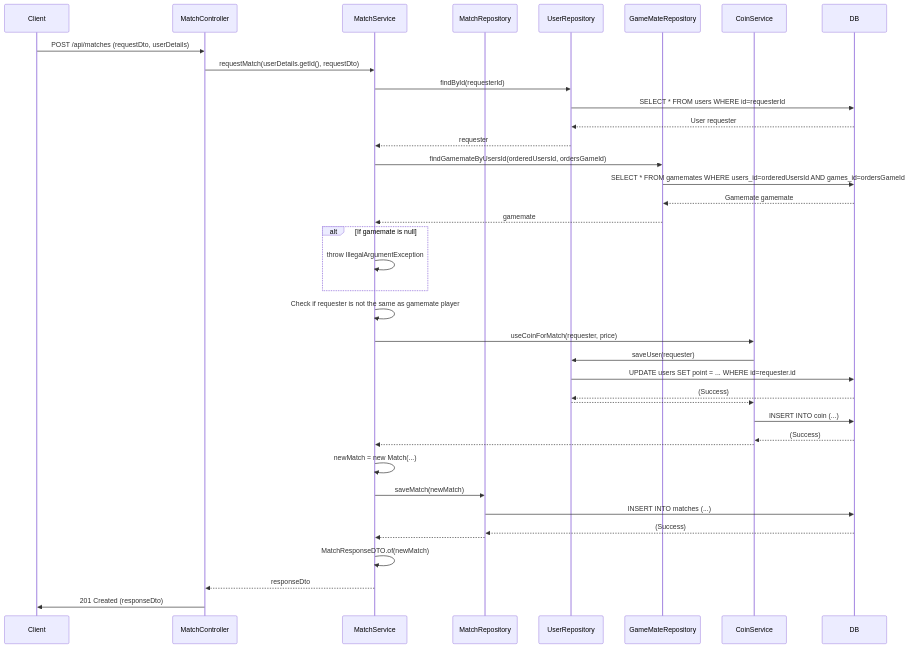
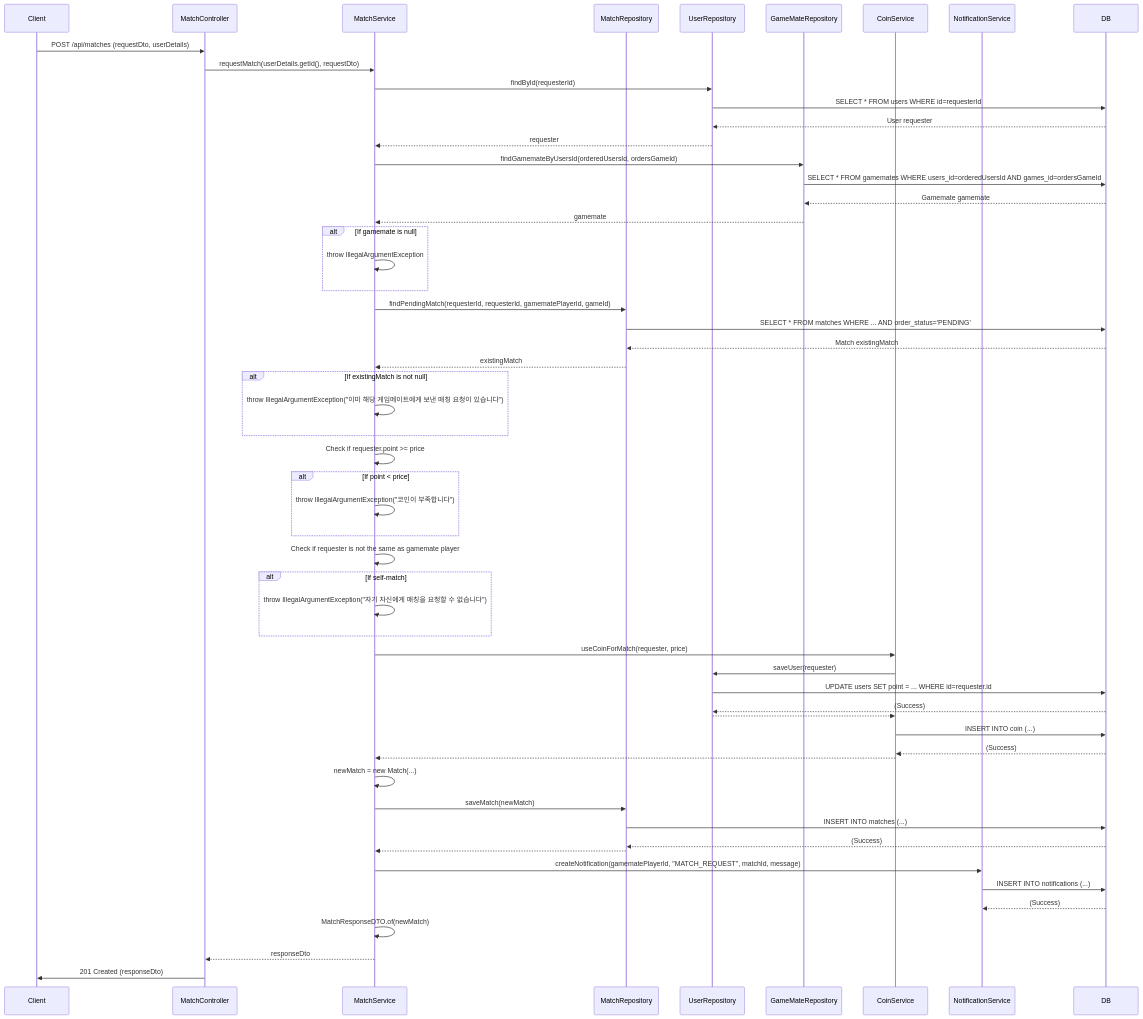
The diagram in SDS/sequenceDiagram/matchSequenceDiagram/matchRequestSequenceDiagram.md (Wooong-E/game-s-cord), drawn with Mermaid before and after one commit. The commit also changed other lines of this file and 14 other files, not shown here.

Commit message:
fix : Sequence Diagram 수정

````diff
--- a/SDS/sequenceDiagram/matchSequenceDiagram/matchRequestSequenceDiagram.md
+++ b/SDS/sequenceDiagram/matchSequenceDiagram/matchRequestSequenceDiagram.md
@@ -3,49 +3,71 @@
 ```mermaid
 sequenceDiagram
     participant Client
     participant Controller as MatchController
     participant Service as MatchService
     participant MatchRepo as MatchRepository
     participant UserRepo as UserRepository
     participant GameMateRepo as GameMateRepository
     participant CoinService as CoinService
+    participant NotificationSvc as NotificationService
     participant DB
 
     Client->>Controller: POST /api/matches (requestDto, userDetails)
     Controller->>Service: requestMatch(userDetails.getId(), requestDto)
 
     Service->>UserRepo: findById(requesterId)
     UserRepo->>DB: SELECT * FROM users WHERE id=requesterId
     DB-->>UserRepo: User requester
     UserRepo-->>Service: requester
 
     Service->>GameMateRepo: findGamemateByUsersId(orderedUsersId, ordersGameId)
     GameMateRepo->>DB: SELECT * FROM gamemates WHERE users_id=orderedUsersId AND games_id=ordersGameId
     DB-->>GameMateRepo: Gamemate gamemate
     GameMateRepo-->>Service: gamemate
 
     alt If gamemate is null
         Service->>Service: throw IllegalArgumentException
     end
 
+    Service->>MatchRepo: findPendingMatch(requesterId, requesterId, gamematePlayerId, gameId)
+    MatchRepo->>DB: SELECT * FROM matches WHERE ... AND order_status='PENDING'
+    DB-->>MatchRepo: Match existingMatch
+    MatchRepo-->>Service: existingMatch
+    
+    alt If existingMatch is not null
+        Service->>Service: throw IllegalArgumentException("이미 해당 게임메이트에게 보낸 매칭 요청이 있습니다")
+    end
+
+    Service->>Service: Check if requester.point >= price
+    alt If point < price
+        Service->>Service: throw IllegalArgumentException("코인이 부족합니다")
+    end
+
     Service->>Service: Check if requester is not the same as gamemate player
+    alt If self-match
+        Service->>Service: throw IllegalArgumentException("자기 자신에게 매칭을 요청할 수 없습니다")
+    end
 
     Service->>CoinService: useCoinForMatch(requester, price)
     CoinService->>UserRepo: saveUser(requester)
     UserRepo->>DB: UPDATE users SET point = ... WHERE id=requester.id
     DB-->>UserRepo: (Success)
     UserRepo-->>CoinService: 
     CoinService->>DB: INSERT INTO coin (...)
     DB-->>CoinService: (Success)
     CoinService-->>Service: 
 
     Service->>Service: newMatch = new Match(...)
     Service->>MatchRepo: saveMatch(newMatch)
     MatchRepo->>DB: INSERT INTO matches (...)
     DB-->>MatchRepo: (Success)
     MatchRepo-->>Service: 
 
+    Service->>NotificationSvc: createNotification(gamematePlayerId, "MATCH_REQUEST", matchId, message)
+    NotificationSvc->>DB: INSERT INTO notifications (...)
+    DB-->>NotificationSvc: (Success)
+
     Service->>Service: MatchResponseDTO.of(newMatch)
     Service-->>Controller: responseDto
     Controller->>Client: 201 Created (responseDto)
 ```
````
